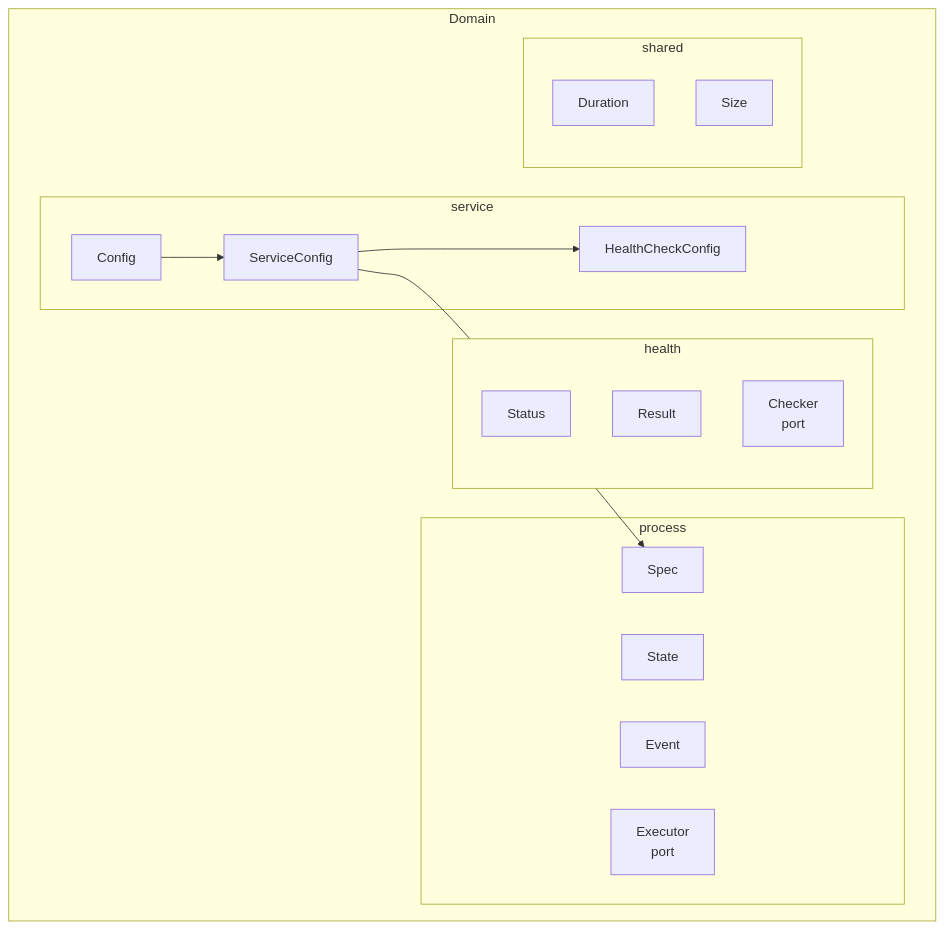
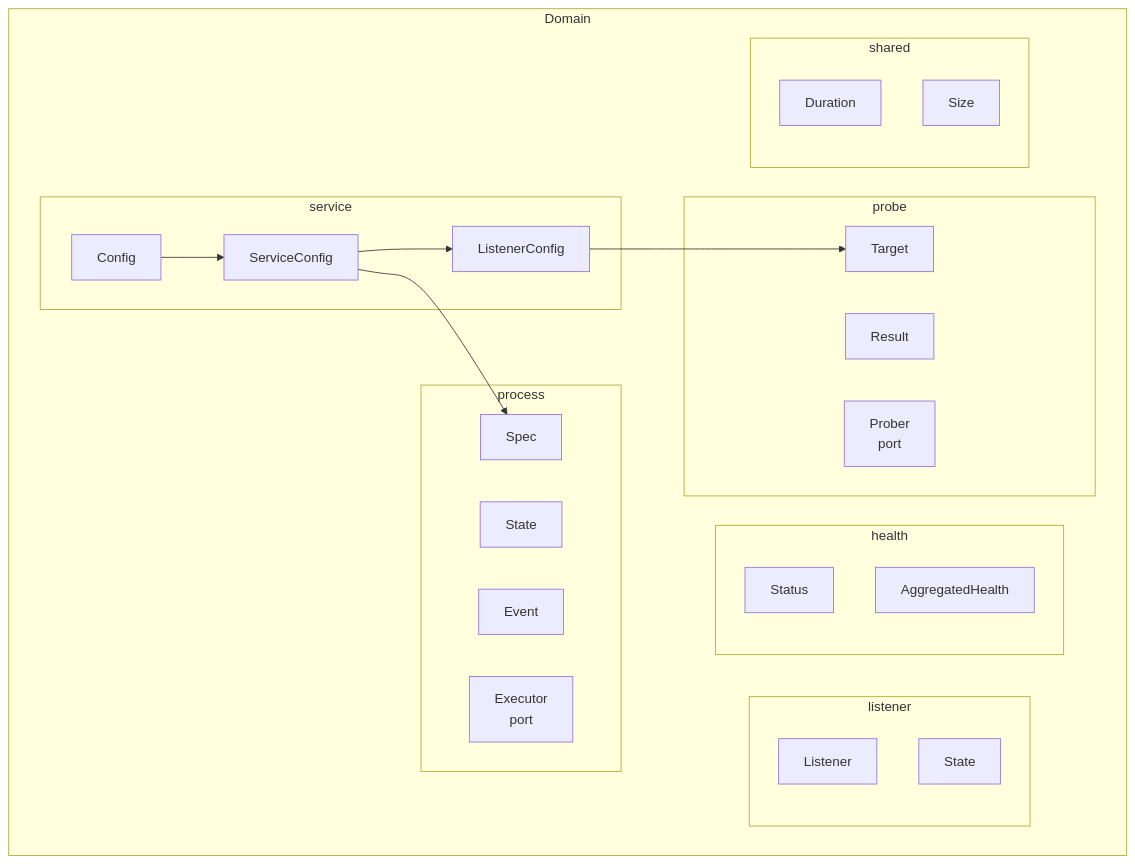
The second of 4 diagrams in docs/architecture.md (supervizio/daemon), drawn with Mermaid before and after one commit. The commit also changed other lines of this file and 104 other files, not shown here.

First line of the commit message:
refactor(health): migrate to ports/adapters probe system (#20)

````diff
--- a/docs/architecture.md
+++ b/docs/architecture.md
@@ -120,32 +127,43 @@
 ```mermaid
 graph TB
     subgraph Domain
         subgraph service
             CFG[Config]
             SVC[ServiceConfig]
-            HC[HealthCheckConfig]
+            LST[ListenerConfig]
         end
 
         subgraph process
             SPEC[Spec]
             STATE[State]
             EVENT[Event]
             EXEC[Executor<br/>port]
         end
 
+        subgraph probe
+            TARGET[Target]
+            RESULT[Result]
+            PROBER[Prober<br/>port]
+        end
+
+        subgraph listener
+            LSNT[Listener]
+            LSTATE[State]
+        end
+
         subgraph health
             STATUS[Status]
-            RESULT[Result]
-            CHECKER[Checker<br/>port]
+            AGGR[AggregatedHealth]
         end
 
         subgraph shared
             DUR[Duration]
             SIZE[Size]
         end
     end
 
     CFG --> SVC
-    SVC --> HC
+    SVC --> LST
     SVC --> SPEC
+    LST --> TARGET
 ```
````
